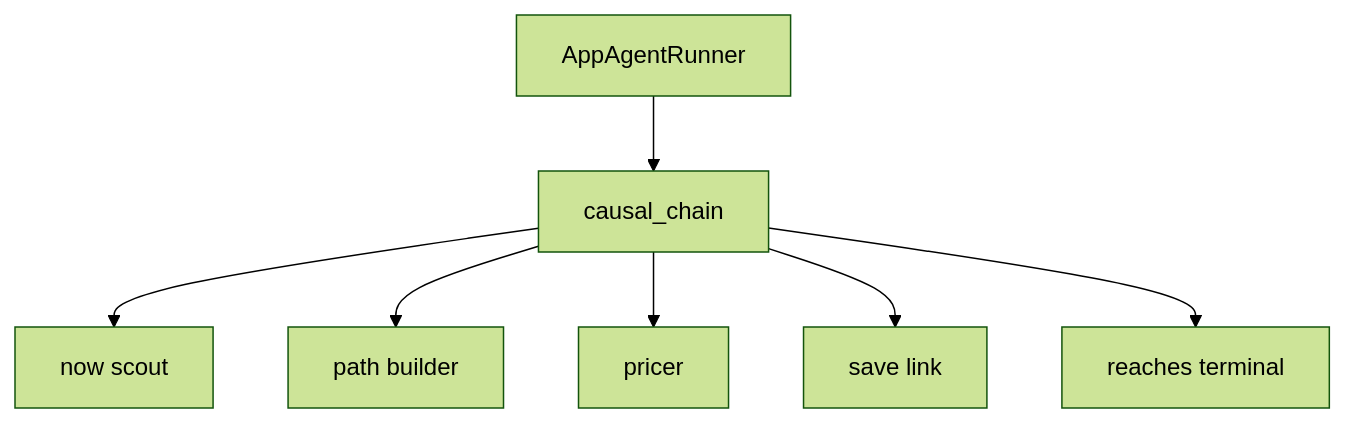
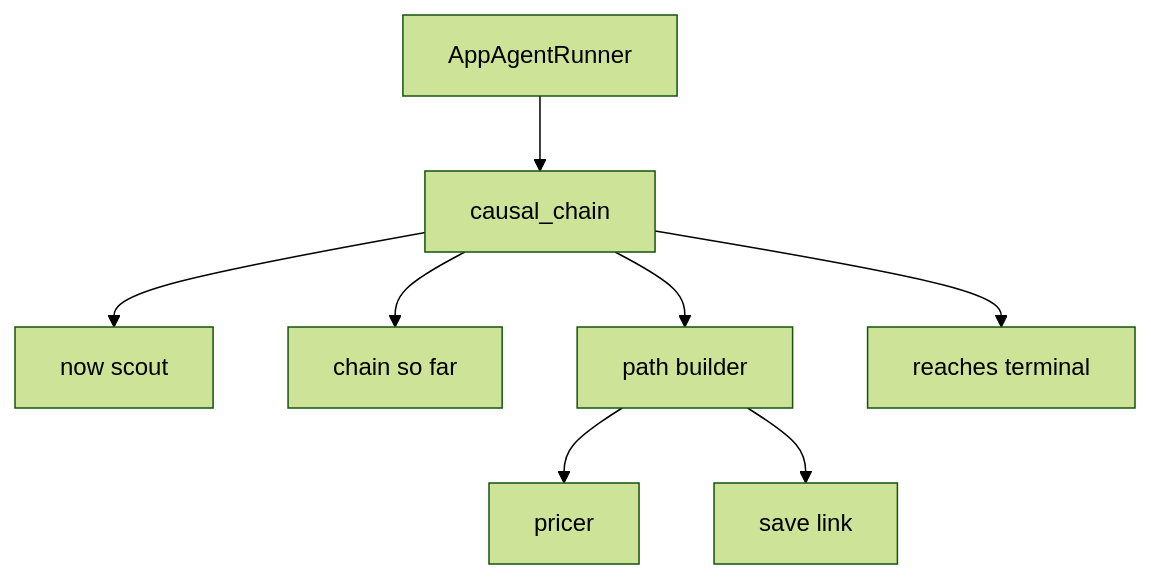
The diagram in take_home/causal_chains/agents/agents/README.md (tcw165/cs_fundation), drawn with Mermaid (forest theme) before and after one commit. The commit also changed other lines of this file and 4 other files, not shown here.

Commit message:
[feat] pass the chain so far into the path builder

````diff
--- a/take_home/causal_chains/agents/agents/README.md
+++ b/take_home/causal_chains/agents/agents/README.md
@@ -5,16 +5,18 @@
 ```mermaid
 flowchart TD
   runner[AppAgentRunner]
   causal[causal_chain]
   scout[now scout]
+  context[chain so far]
   builder[path builder]
   pricerNode[pricer]
   linkTool[save link]
   reaches[reaches terminal]
   runner --> causal
   causal --> scout
+  causal --> context
   causal --> builder
-  causal --> pricerNode
-  causal --> linkTool
   causal --> reaches
+  builder --> pricerNode
+  builder --> linkTool
 ```
````
